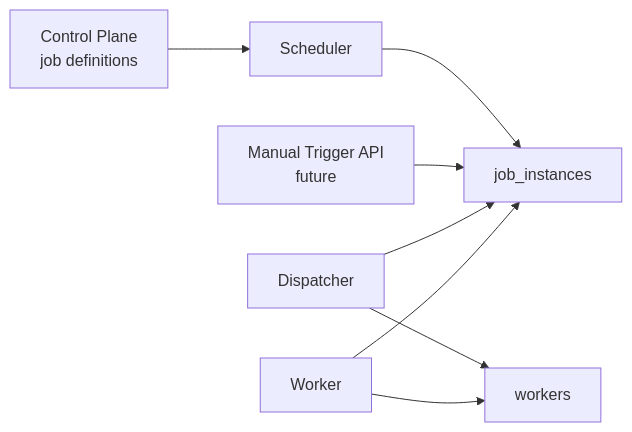
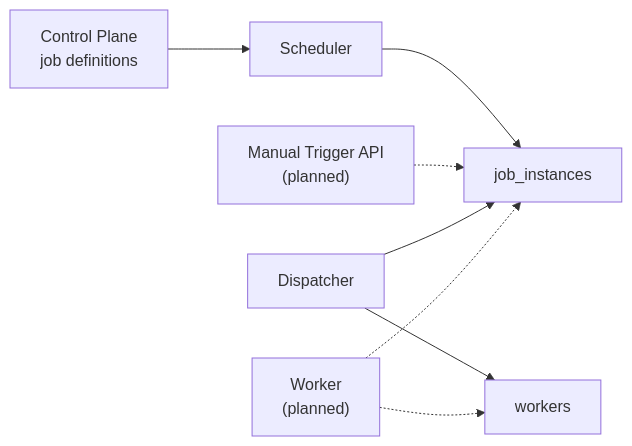
Before and after one commit to s3loy/orbitjob: the first of 2 diagrams in docs/execution-plane.en.md, drawn with Mermaid. The commit also changed other lines of this file and 5 other files, not shown here.

````diff
--- a/docs/execution-plane.en.md
+++ b/docs/execution-plane.en.md
@@ -39,10 +34,10 @@
 ```mermaid
 flowchart LR
     Control["Control Plane<br/>job definitions"] --> Scheduler["Scheduler"]
     Scheduler --> InstanceRepo["job_instances"]
-    Manual["Manual Trigger API<br/>future"] --> InstanceRepo
+    Manual["Manual Trigger API<br/>(planned)"] -.-> InstanceRepo
     Dispatcher["Dispatcher"] --> InstanceRepo
     Dispatcher --> WorkerRepo["workers"]
-    Worker["Worker"] --> WorkerRepo
-    Worker --> InstanceRepo
+    Worker["Worker<br/>(planned)"] -.-> WorkerRepo
+    Worker -.-> InstanceRepo
 ```
````
